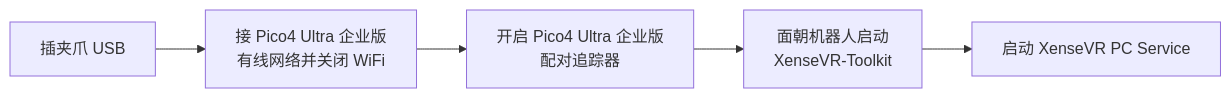
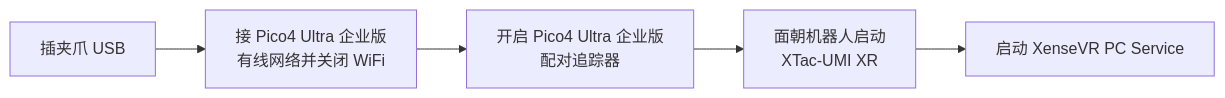
Before and after one commit to Vertax42/taccap-gripper-docs: the diagram in docs/quickstart.md, drawn with Mermaid. The commit also changed other lines of this file and 6 other files, not shown here.

First line of the commit message:
docs: rename XenseVR-Toolkit to XTac-UMI XR

````diff
--- a/docs/quickstart.md
+++ b/docs/quickstart.md
@@ -25,4 +25,4 @@
 ```mermaid
 flowchart LR
-    A[插夹爪 USB] --> N[接 Pico4 Ultra 企业版<br/>有线网络并关闭 WiFi] --> B[开启 Pico4 Ultra 企业版<br/>配对追踪器] --> C[面朝机器人启动<br/>XenseVR-Toolkit] --> D[启动 XenseVR PC Service]
+    A[插夹爪 USB] --> N[接 Pico4 Ultra 企业版<br/>有线网络并关闭 WiFi] --> B[开启 Pico4 Ultra 企业版<br/>配对追踪器] --> C[面朝机器人启动<br/>XTac-UMI XR] --> D[启动 XenseVR PC Service]
 ```
````
